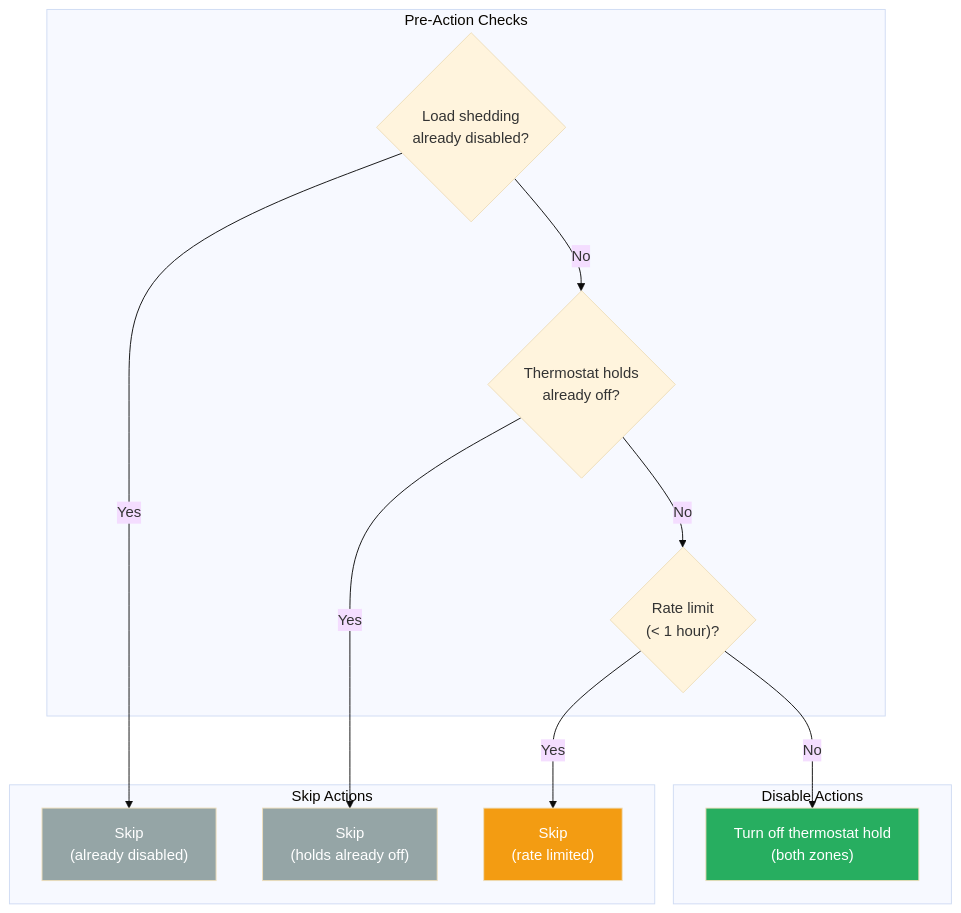
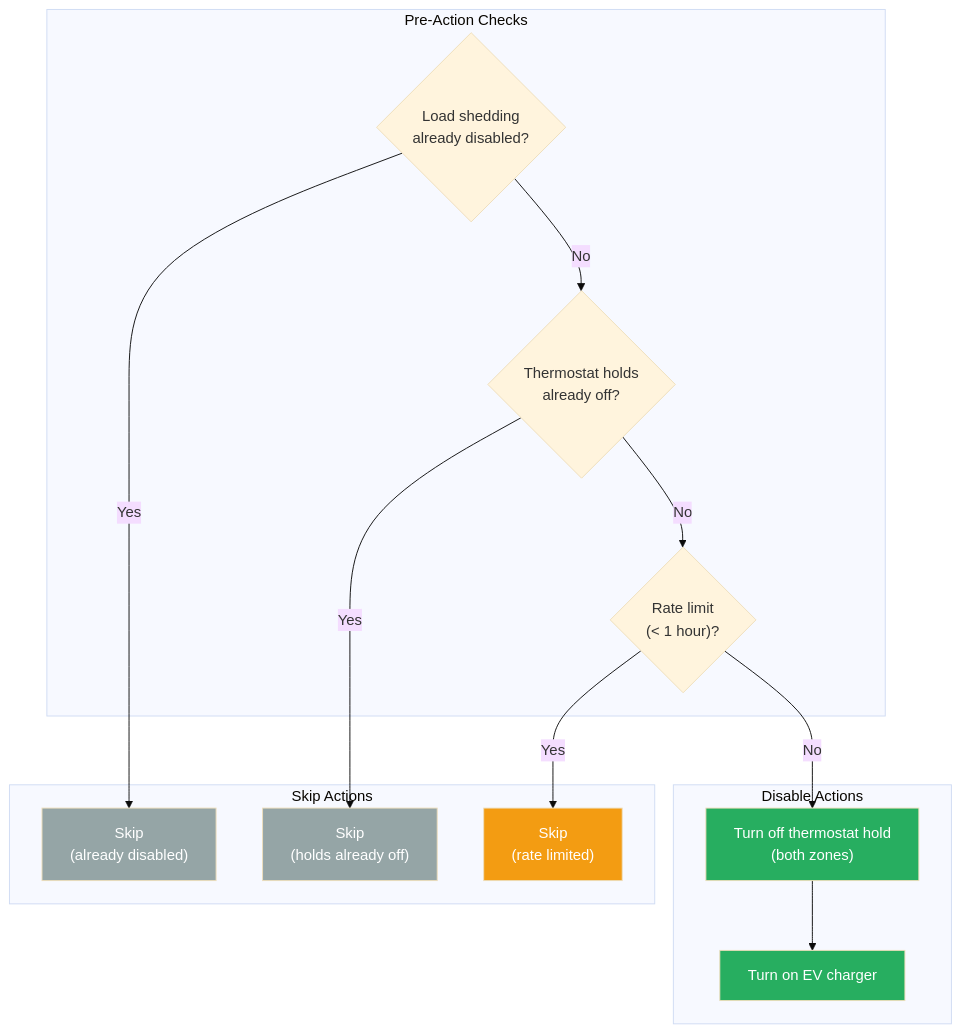
Before and after one commit to NickBorgers/home-automation: the third of 5 diagrams in docs/flows/LOAD_SHEDDING.md, drawn with Mermaid (base theme). The commit also changed other lines of this file and 2 other files, not shown here.

First line of the commit message:
feat(loadshedding): Add EV charger to load shedding control

````diff
--- a/docs/flows/LOAD_SHEDDING.md
+++ b/docs/flows/LOAD_SHEDDING.md
@@ -76,30 +79,33 @@
 ```mermaid
 flowchart TD
     subgraph Check["Pre-Action Checks"]
         alreadyOff{"Load shedding<br/>already disabled?"}
         checkHold{"Thermostat holds<br/>already off?"}
         rateLimit{"Rate limit<br/>(< 1 hour)?"}
     end
 
     subgraph Skip["Skip Actions"]
         skipOff["Skip<br/>(already disabled)"]
         skipHold["Skip<br/>(holds already off)"]
         skipRate["Skip<br/>(rate limited)"]
     end
 
     subgraph Actions["Disable Actions"]
         turnOffHold["Turn off thermostat hold<br/>(both zones)"]
+        turnOnEV["Turn on EV charger"]
     end
 
     alreadyOff -->|Yes| skipOff
     alreadyOff -->|No| checkHold
     checkHold -->|Yes| skipHold
     checkHold -->|No| rateLimit
     rateLimit -->|Yes| skipRate
     rateLimit -->|No| turnOffHold
+    turnOffHold --> turnOnEV
 
     style skipOff fill:#95a5a6,color:#fff
     style skipHold fill:#95a5a6,color:#fff
     style skipRate fill:#f39c12,color:#fff
     style turnOffHold fill:#27ae60,color:#fff
+    style turnOnEV fill:#27ae60,color:#fff
 ```
````
